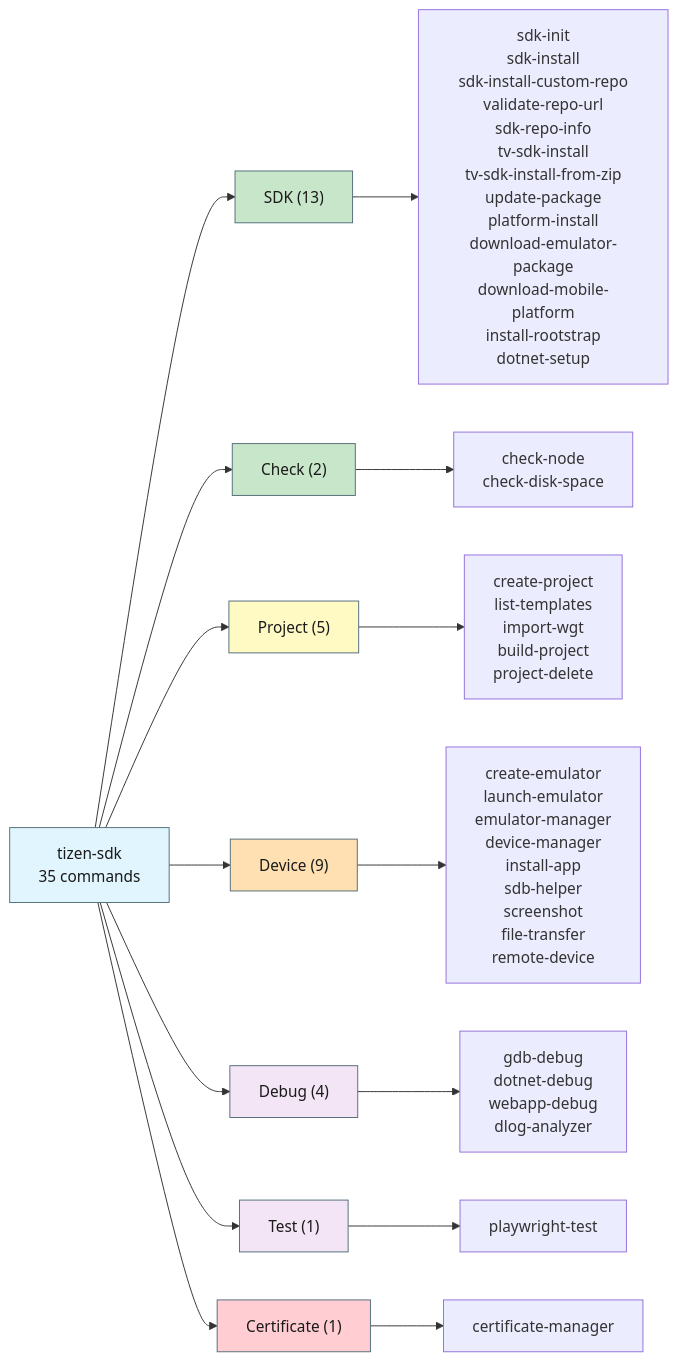
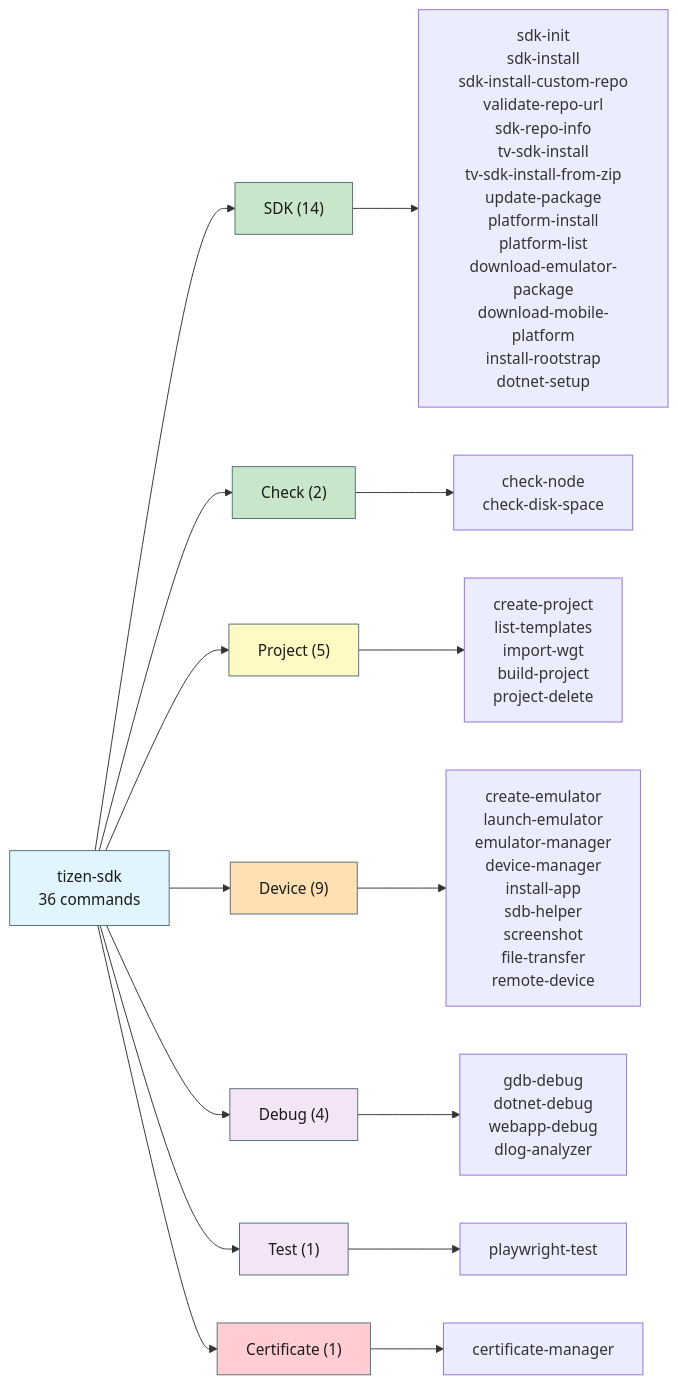
One commit to Samsung/tizen-agent-skills changed the eighth of 10 diagrams in tizen-sdk-skills/docs/ARCHITECTURE_DIAGRAMS.md. Above: the diagram before and after it, drawn with Mermaid. The commit also changed other lines of this file and 40 other files, not shown here.

First line of the commit message:
feat(tizen-sdk-skills): manage several Tizen platform versions side by side

````diff
--- a/tizen-sdk-skills/docs/ARCHITECTURE_DIAGRAMS.md
+++ b/tizen-sdk-skills/docs/ARCHITECTURE_DIAGRAMS.md
@@ -364,29 +364,29 @@
 ```mermaid
 graph LR
-    ROOT["tizen-sdk<br/>35 commands"]
+    ROOT["tizen-sdk<br/>36 commands"]
 
-    ROOT --> SDK["SDK (13)"]
+    ROOT --> SDK["SDK (14)"]
     ROOT --> CHECK["Check (2)"]
     ROOT --> PROJECT["Project (5)"]
     ROOT --> DEVICE["Device (9)"]
     ROOT --> DEBUG["Debug (4)"]
     ROOT --> TEST["Test (1)"]
     ROOT --> CERT["Certificate (1)"]
 
-    SDK --> SDK_CMDS["sdk-init<br/>sdk-install<br/>sdk-install-custom-repo<br/>validate-repo-url<br/>sdk-repo-info<br/>tv-sdk-install<br/>tv-sdk-install-from-zip<br/>update-package<br/>platform-install<br/>download-emulator-package<br/>download-mobile-platform<br/>install-rootstrap<br/>dotnet-setup"]
+    SDK --> SDK_CMDS["sdk-init<br/>sdk-install<br/>sdk-install-custom-repo<br/>validate-repo-url<br/>sdk-repo-info<br/>tv-sdk-install<br/>tv-sdk-install-from-zip<br/>update-package<br/>platform-install<br/>platform-list<br/>download-emulator-package<br/>download-mobile-platform<br/>install-rootstrap<br/>dotnet-setup"]
     CHECK --> CHECK_CMDS["check-node<br/>check-disk-space"]
     PROJECT --> PROJECT_CMDS["create-project<br/>list-templates<br/>import-wgt<br/>build-project<br/>project-delete"]
     DEVICE --> DEVICE_CMDS["create-emulator<br/>launch-emulator<br/>emulator-manager<br/>device-manager<br/>install-app<br/>sdb-helper<br/>screenshot<br/>file-transfer<br/>remote-device"]
     DEBUG --> DEBUG_CMDS["gdb-debug<br/>dotnet-debug<br/>webapp-debug<br/>dlog-analyzer"]
     TEST --> TEST_CMDS["playwright-test"]
     CERT --> CERT_CMDS["certificate-manager"]
 
     style ROOT fill:#e1f5fe,stroke:#546e7a,color:#1a1a1a
     style SDK fill:#c8e6c9,stroke:#546e7a,color:#1a1a1a
     style CHECK fill:#c8e6c9,stroke:#546e7a,color:#1a1a1a
     style PROJECT fill:#fff9c4,stroke:#546e7a,color:#1a1a1a
     style DEVICE fill:#ffe0b2,stroke:#546e7a,color:#1a1a1a
     style DEBUG fill:#f3e5f5,stroke:#546e7a,color:#1a1a1a
     style TEST fill:#f3e5f5,stroke:#546e7a,color:#1a1a1a
     style CERT fill:#ffcdd2,stroke:#546e7a,color:#1a1a1a
 ```
````
